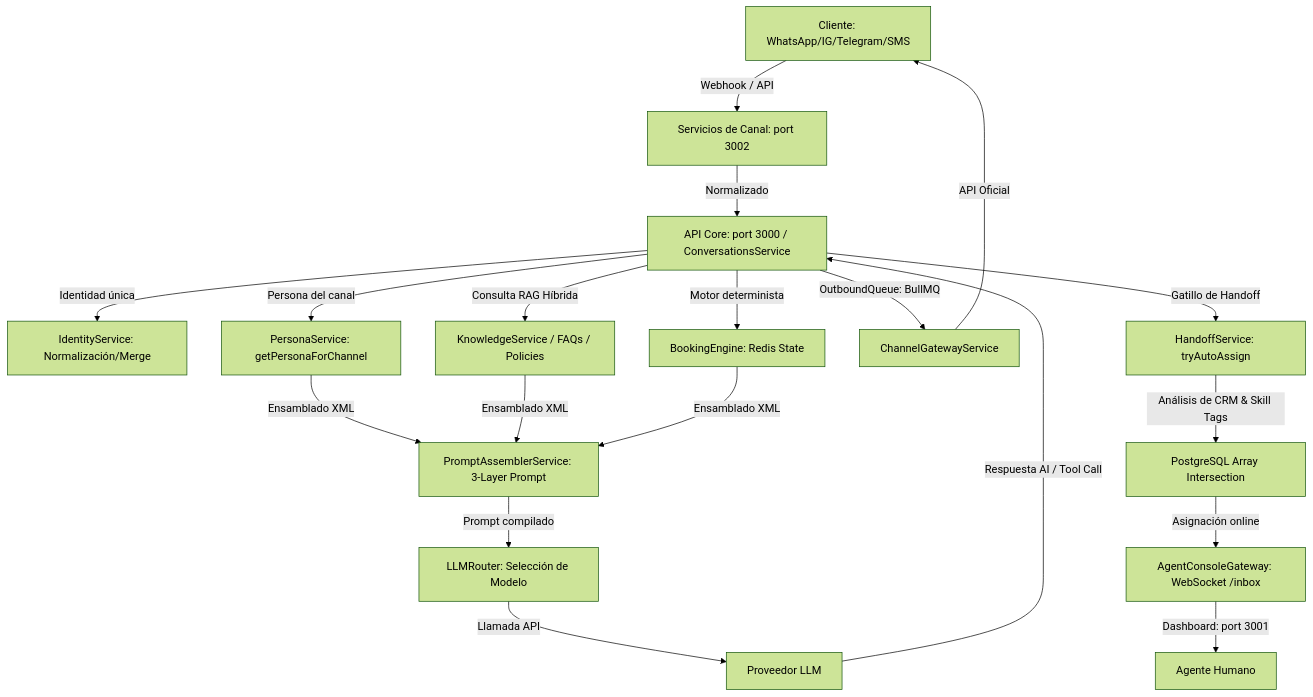
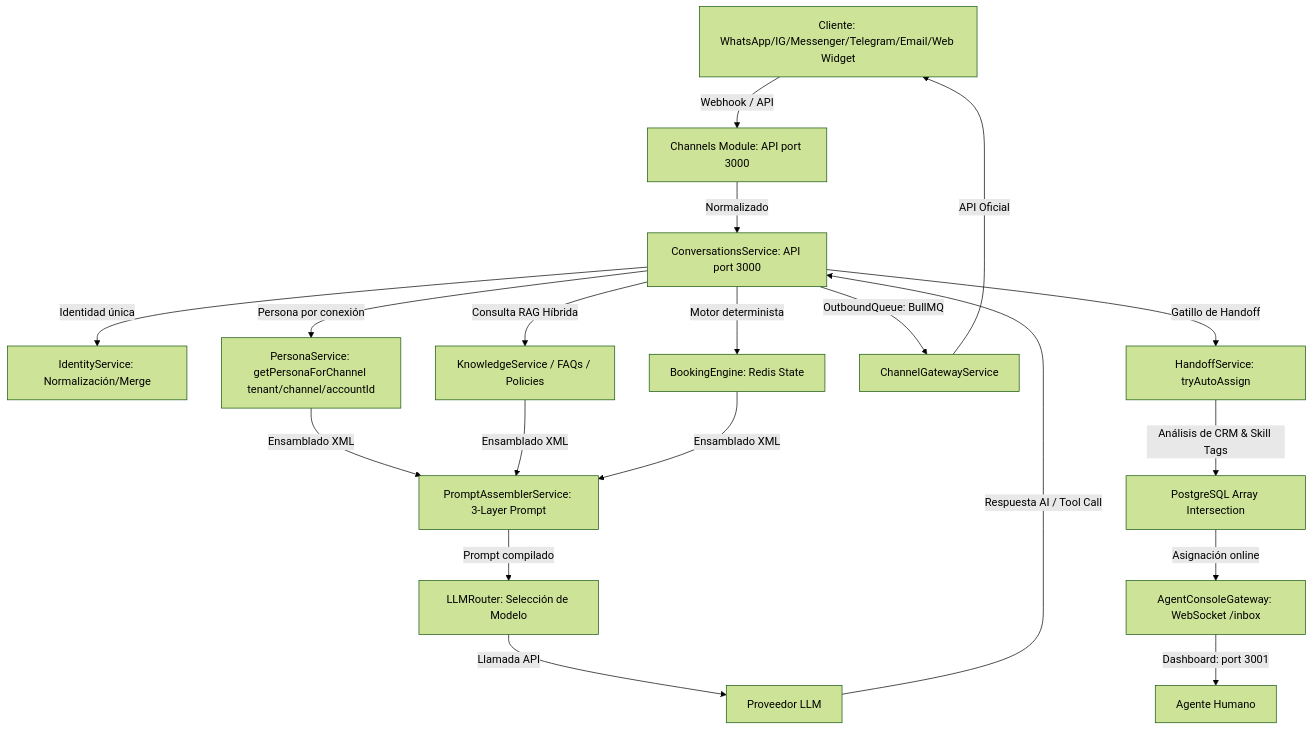
One commit to Nipko/sales-structure changed the first of 2 diagrams in docs/architecture-detail.md. Above: the diagram before and after it, drawn with Mermaid (forest theme). The commit also changed other lines of this file and 48 other files, not shown here.

````diff
--- a/docs/architecture-detail.md
+++ b/docs/architecture-detail.md
@@ -11,21 +11,21 @@
 ```mermaid
 graph TD
-    A[Cliente: WhatsApp/IG/Telegram/SMS] -->|Webhook / API| B[Servicios de Canal: port 3002]
-    B -->|Normalizado| C[API Core: port 3000 / ConversationsService]
+    A[Cliente: WhatsApp/IG/Messenger/Telegram/Email/Web Widget] -->|Webhook / API| B[Channels Module: API port 3000]
+    B -->|Normalizado| C[ConversationsService: API port 3000]
     C -->|Identidad única| D[IdentityService: Normalización/Merge]
-    C -->|Persona del canal| E[PersonaService: getPersonaForChannel]
+    C -->|Persona por conexión| E[PersonaService: getPersonaForChannel tenant/channel/accountId]
     C -->|Consulta RAG Híbrida| F[KnowledgeService / FAQs / Policies]
     C -->|Motor determinista| G[BookingEngine: Redis State]
     E & F & G -->|Ensamblado XML| H[PromptAssemblerService: 3-Layer Prompt]
     H -->|Prompt compilado| I[LLMRouter: Selección de Modelo]
     I -->|Llamada API| J[Proveedor LLM]
     J -->|Respuesta AI / Tool Call| C
     C -->|OutboundQueue: BullMQ| K[ChannelGatewayService]
     K -->|API Oficial| A
     
     %% Flujo de Escalamiento Humano
     C -->|Gatillo de Handoff| L[HandoffService: tryAutoAssign]
     L -->|Análisis de CRM & Skill Tags| M[PostgreSQL Array Intersection]
     M -->|Asignación online| N[AgentConsoleGateway: WebSocket /inbox]
     N -->|Dashboard: port 3001| O[Agente Humano]
 ```
````
